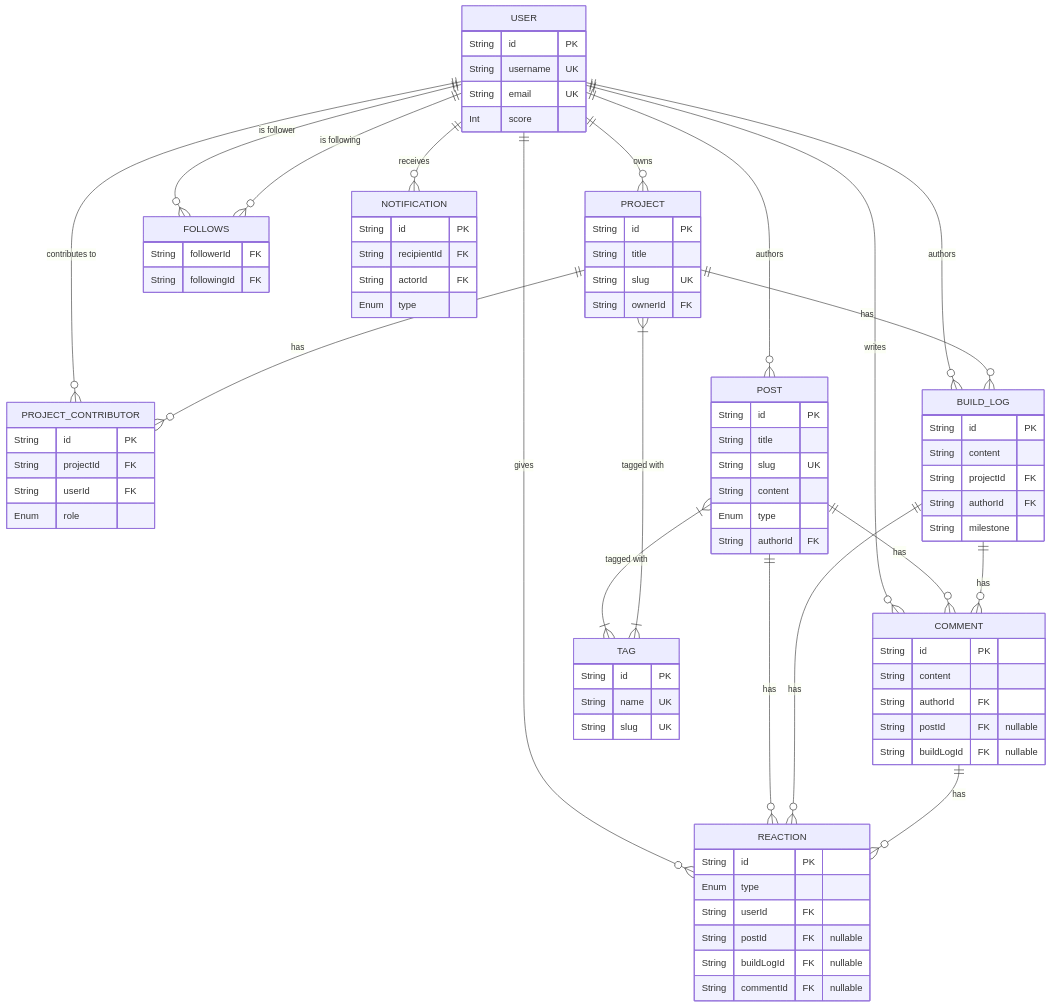
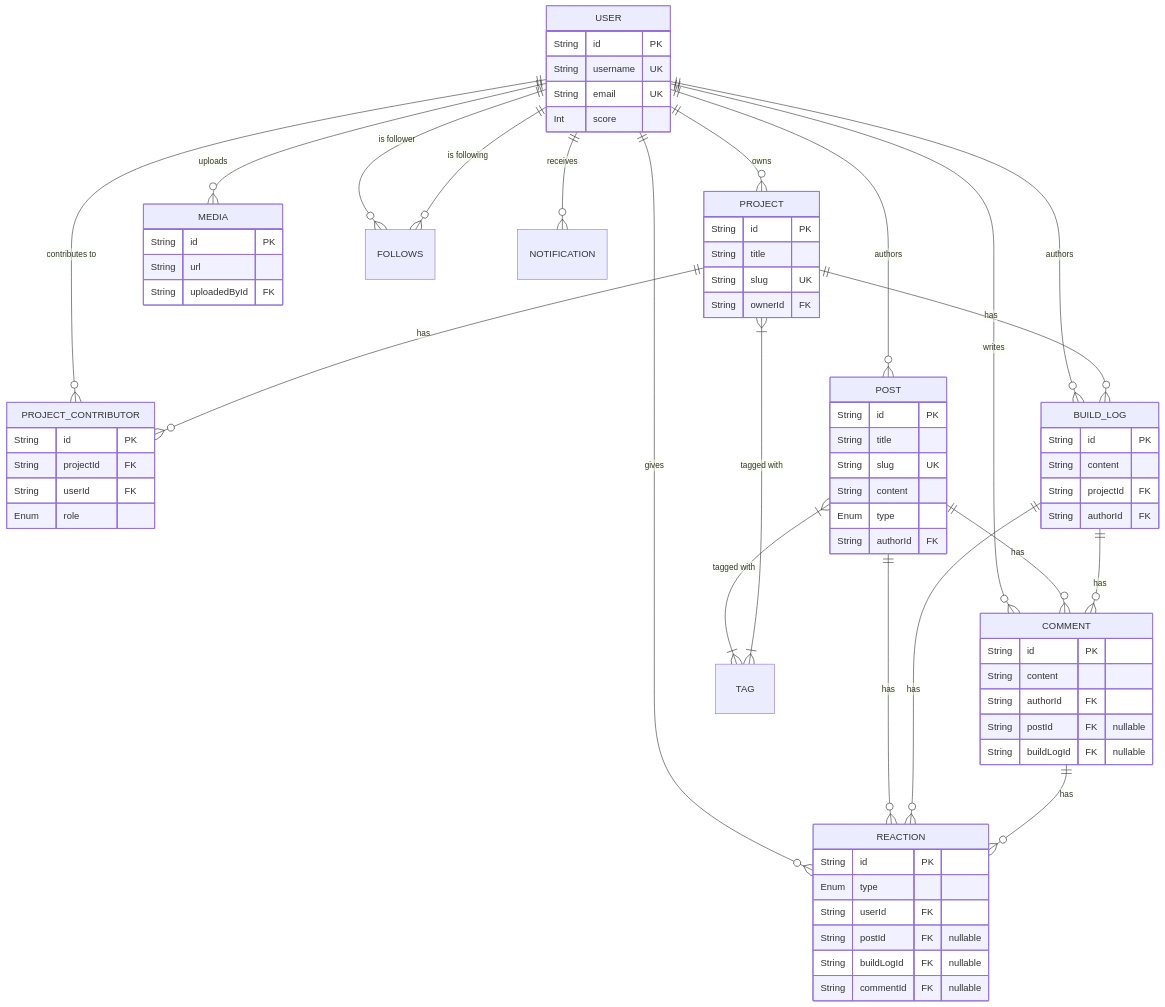
Before and after one commit to miteshanshu/DevForge: the diagram in docs/database/database_design.md, drawn with Mermaid. The commit also changed other lines of this file, not shown here.

Commit message:
docs: sync database design with actual prisma schema

```diff
--- a/docs/database/database_design.md
+++ b/docs/database/database_design.md
@@ -39,7 +39,6 @@
         String content
         String projectId FK
         String authorId FK
-        String milestone
     }
     POST {
         String id PK
@@ -64,20 +63,10 @@
         String buildLogId FK "nullable"
         String commentId FK "nullable"
     }
-    TAG {
+    MEDIA {
         String id PK
-        String name UK
-        String slug UK
-    }
-    FOLLOWS {
-        String followerId FK
-        String followingId FK
-    }
-    NOTIFICATION {
-        String id PK
-        String recipientId FK
-        String actorId FK
-        Enum type
+        String url
+        String uploadedById FK
     }
 
     USER ||--o{ PROJECT : "owns"
@@ -91,6 +80,7 @@
     USER ||--o{ FOLLOWS : "is follower"
     USER ||--o{ FOLLOWS : "is following"
     USER ||--o{ NOTIFICATION : "receives"
+    USER ||--o{ MEDIA : "uploads"
     
     POST ||--o{ COMMENT : "has"
     BUILD_LOG ||--o{ COMMENT : "has"
```
